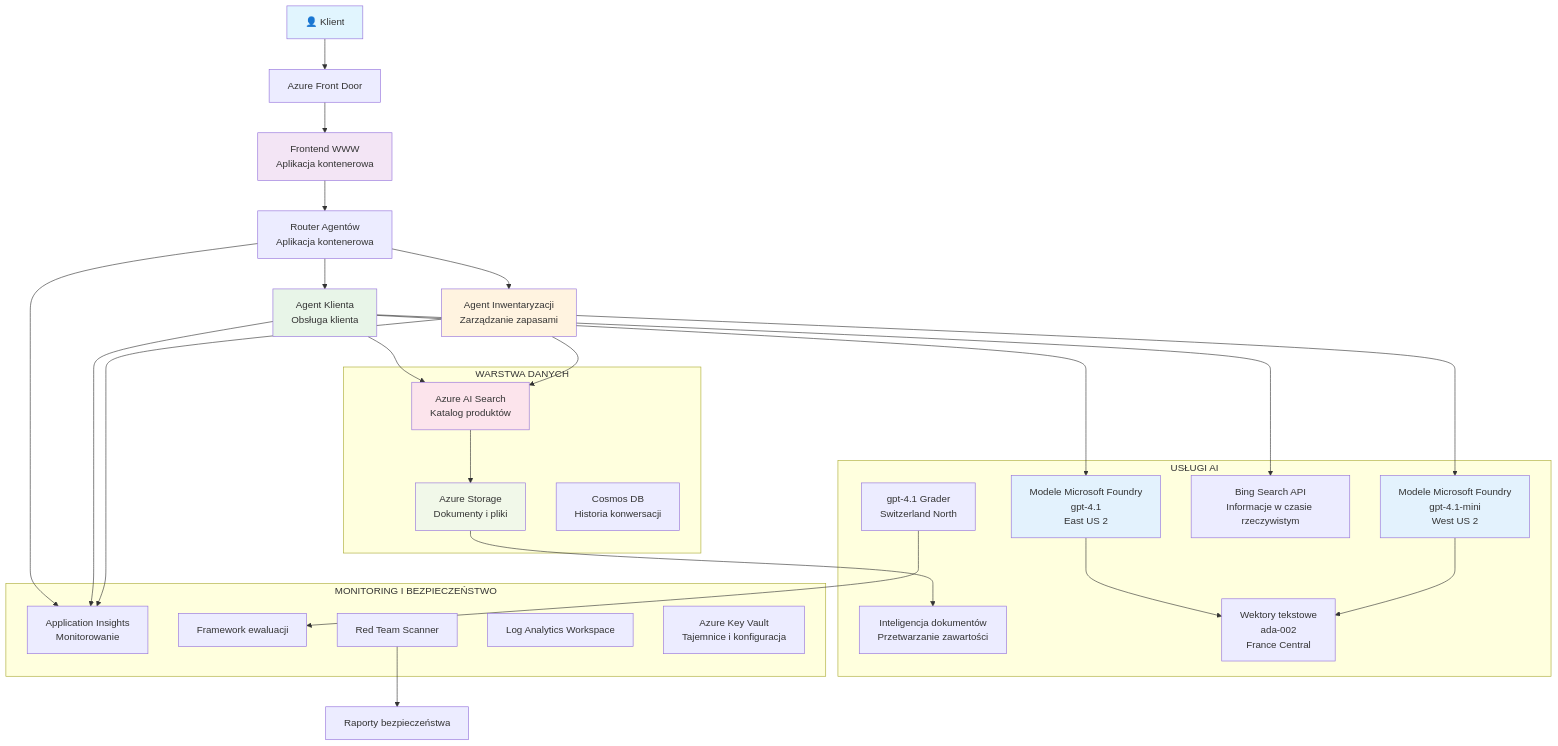
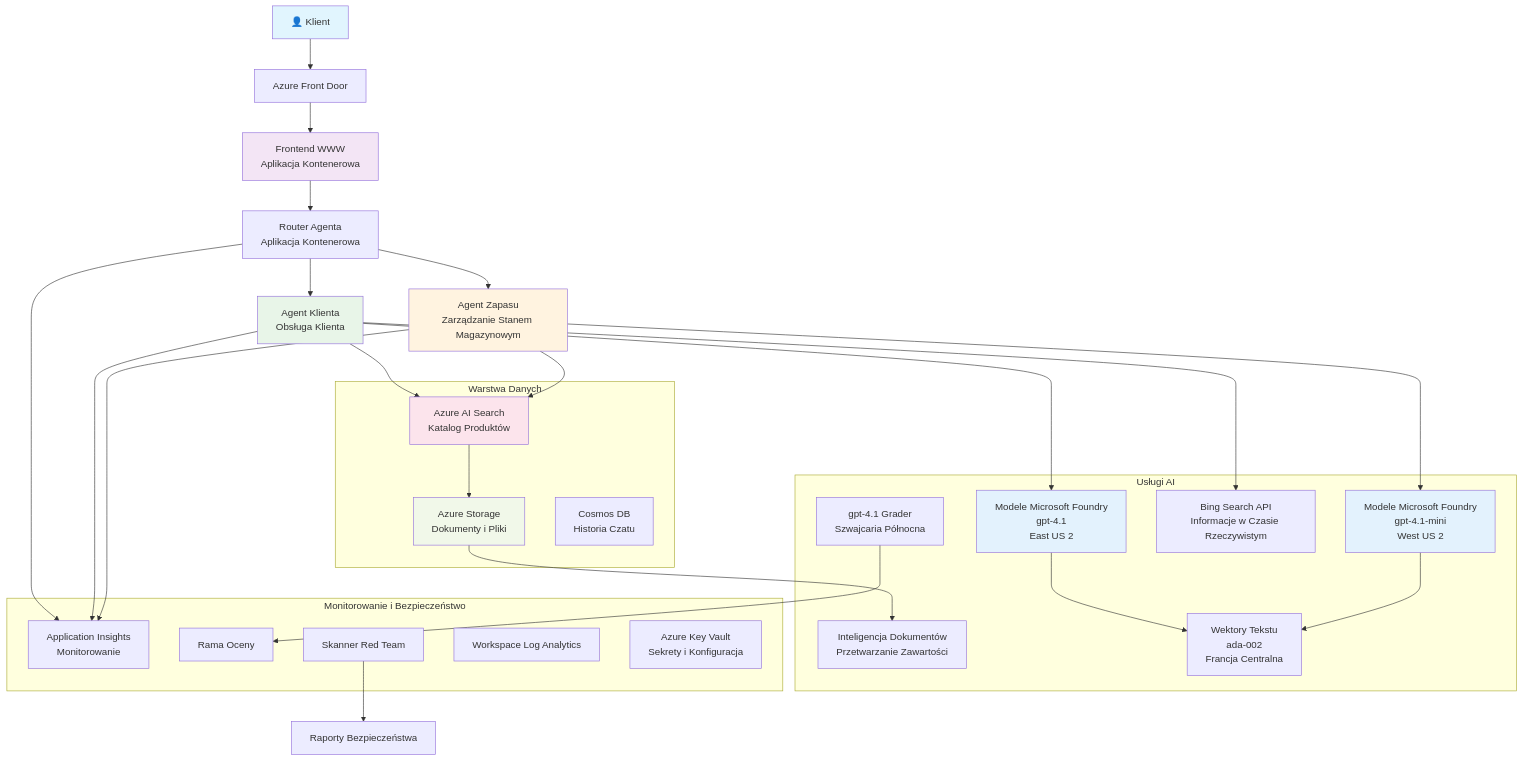
The diagram in translations/pl/examples/retail-scenario.md (microsoft/AZD-for-beginners), drawn with Mermaid before and after one commit. The commit also changed other lines of this file and 104 other files, not shown here.

````diff
--- a/translations/pl/examples/retail-scenario.md
+++ b/translations/pl/examples/retail-scenario.md
@@ -139,61 +139,61 @@
 ```mermaid
 graph TB
     User[👤 Klient] --> LB[Azure Front Door]
-    LB --> WebApp[Frontend WWW<br/>Aplikacja kontenerowa]
+    LB --> WebApp[Frontend WWW<br/>Aplikacja Kontenerowa]
     
-    WebApp --> Router[Router Agentów<br/>Aplikacja kontenerowa]
-    Router --> CustomerAgent[Agent Klienta<br/>Obsługa klienta]
-    Router --> InvAgent[Agent Inwentaryzacji<br/>Zarządzanie zapasami]
+    WebApp --> Router[Router Agenta<br/>Aplikacja Kontenerowa]
+    Router --> CustomerAgent[Agent Klienta<br/>Obsługa Klienta]
+    Router --> InvAgent[Agent Zapasu<br/>Zarządzanie Stanem Magazynowym]
     
     CustomerAgent --> OpenAI1[Modele Microsoft Foundry<br/>gpt-4.1<br/>East US 2]
     InvAgent --> OpenAI2[Modele Microsoft Foundry<br/>gpt-4.1-mini<br/>West US 2]
     
-    CustomerAgent --> AISearch[Azure AI Search<br/>Katalog produktów]
-    CustomerAgent --> BingSearch[Bing Search API<br/>Informacje w czasie rzeczywistym]
+    CustomerAgent --> AISearch[Azure AI Search<br/>Katalog Produktów]
+    CustomerAgent --> BingSearch[Bing Search API<br/>Informacje w Czasie Rzeczywistym]
     InvAgent --> AISearch
     
-    AISearch --> Storage[Azure Storage<br/>Dokumenty i pliki]
-    Storage --> DocIntel[Inteligencja dokumentów<br/>Przetwarzanie zawartości]
+    AISearch --> Storage[Azure Storage<br/>Dokumenty i Pliki]
+    Storage --> DocIntel[Inteligencja Dokumentów<br/>Przetwarzanie Zawartości]
     
-    OpenAI1 --> Embeddings[Wektory tekstowe<br/>ada-002<br/>France Central]
+    OpenAI1 --> Embeddings[Wektory Tekstu<br/>ada-002<br/>Francja Centralna]
     OpenAI2 --> Embeddings
     
     Router --> AppInsights[Application Insights<br/>Monitorowanie]
     CustomerAgent --> AppInsights
     InvAgent --> AppInsights
     
-    GraderModel[gpt-4.1 Grader<br/>Switzerland North] --> Evaluation[Framework ewaluacji]
-    RedTeam[Red Team Scanner] --> SecurityReports[Raporty bezpieczeństwa]
+    GraderModel[gpt-4.1 Grader<br/>Szwajcaria Północna] --> Evaluation[Rama Oceny]
+    RedTeam[Skanner Red Team] --> SecurityReports[Raporty Bezpieczeństwa]
     
-    subgraph "WARSTWA DANYCH"
+    subgraph "Warstwa Danych"
         Storage
         AISearch
-        CosmosDB[Cosmos DB<br/>Historia konwersacji]
+        CosmosDB[Cosmos DB<br/>Historia Czatu]
     end
     
-    subgraph "USŁUGI AI"
+    subgraph "Usługi AI"
         OpenAI1
         OpenAI2
         Embeddings
         GraderModel
         DocIntel
         BingSearch
     end
     
-    subgraph "MONITORING I BEZPIECZEŃSTWO"
+    subgraph "Monitorowanie i Bezpieczeństwo"
         AppInsights
-        LogAnalytics[Log Analytics Workspace]
-        KeyVault[Azure Key Vault<br/>Tajemnice i konfiguracja]
+        LogAnalytics[Workspace Log Analytics]
+        KeyVault[Azure Key Vault<br/>Sekrety i Konfiguracja]
         RedTeam
         Evaluation
     end
     
     style User fill:#e1f5fe
     style WebApp fill:#f3e5f5
     style CustomerAgent fill:#e8f5e8
     style InvAgent fill:#fff3e0
     style OpenAI1 fill:#e3f2fd
     style OpenAI2 fill:#e3f2fd
     style AISearch fill:#fce4ec
     style Storage fill:#f1f8e9
-```  
+```
````
